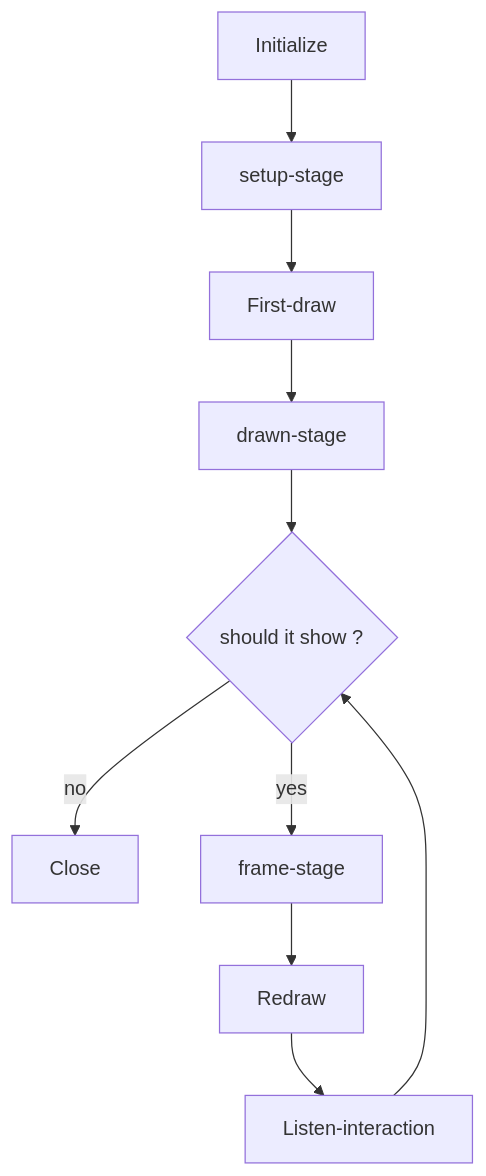
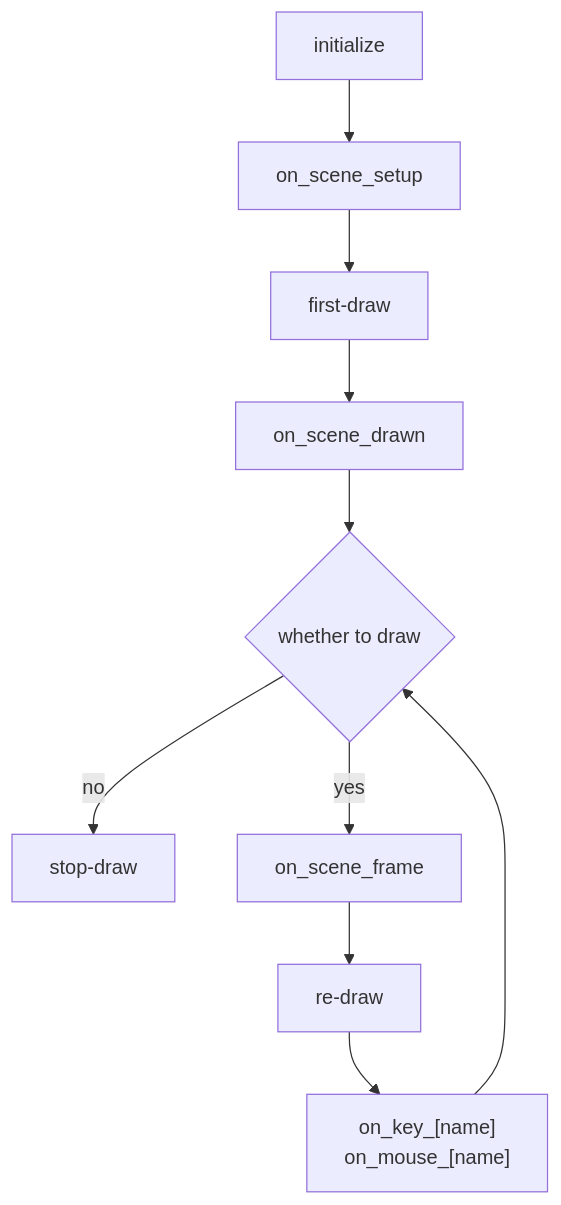
The diagram in README.md (bluebones-team/psychopy-scene), drawn with Mermaid before and after one commit. The commit also changed other lines of this file and 9 other files, not shown here.

````diff
--- a/README.md
+++ b/README.md
@@ -279,6 +144,6 @@
 ```mermaid
 graph TD
-Initialize --> setup-stage --> First-draw --> drawn-stage --> c{should it show ?}
-c -->|no| Close
-c -->|yes| frame-stage --> Redraw --> Listen-interaction --> c
+initialize --> on_scene_setup --> first-draw --> on_scene_drawn --> c{whether to draw}
+c -->|no| stop-draw
+c -->|yes| on_scene_frame --> re-draw --> _["on_key_[name]<br>on_mouse_[name]"] --> c
 ```
````
